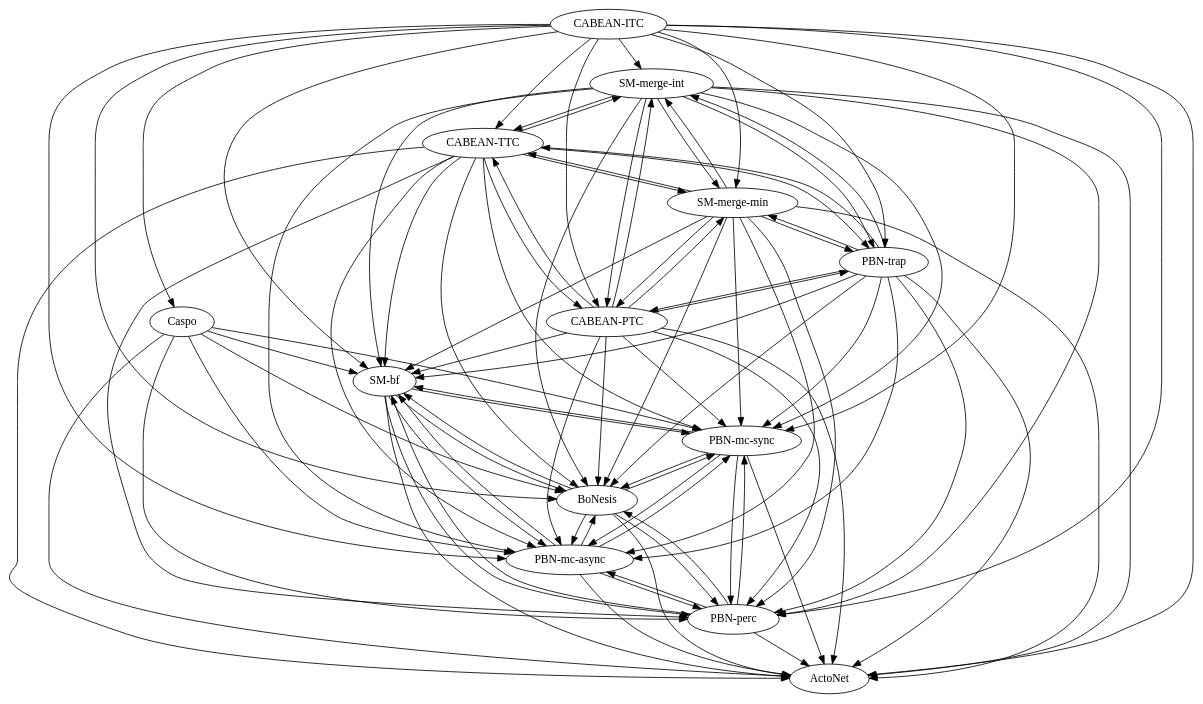
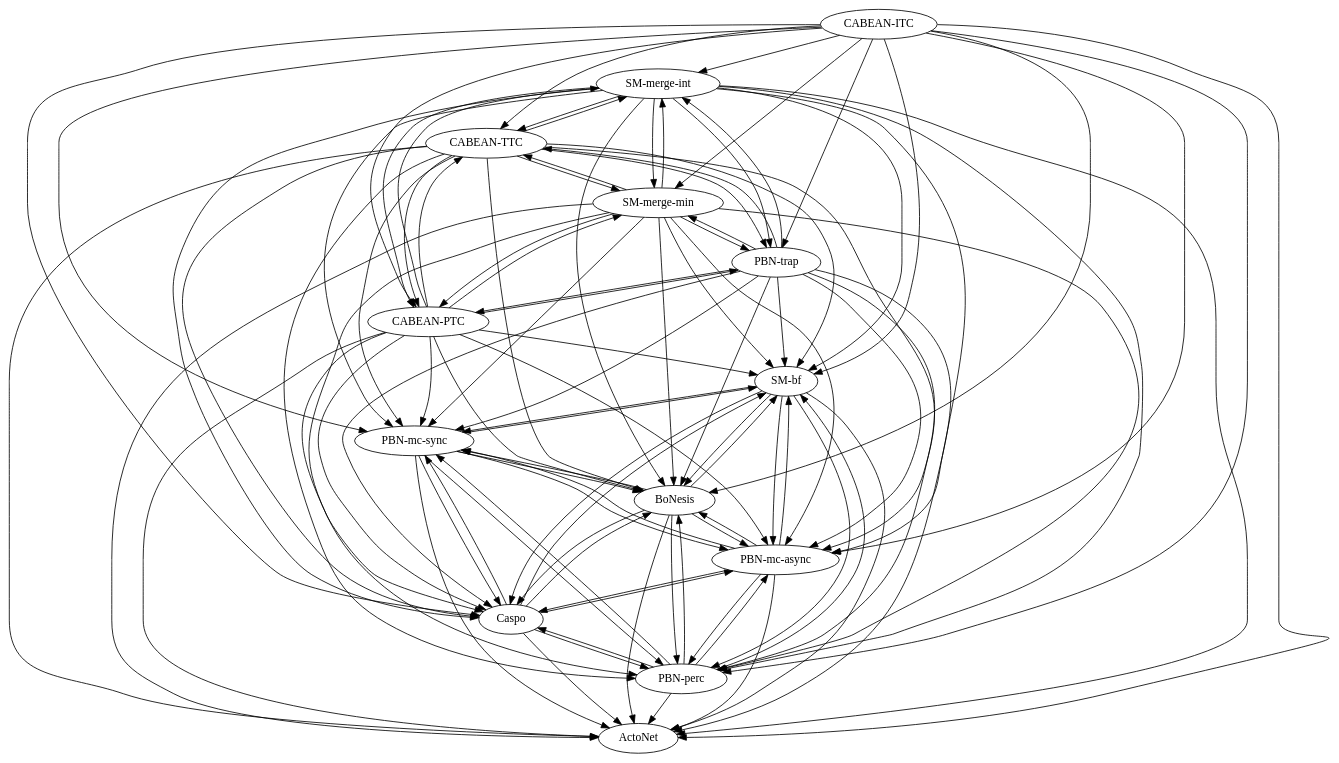
One commit to kalebmoon07/BN-control-taxonomy changed the diagram in experiments/results/practical/Bladder/_graph.dot. Above: the diagram before and after it, drawn with Graphviz. The commit also changed 39 other files, not shown here.

```diff
--- a/experiments/results/practical/Bladder/_graph.dot
+++ b/experiments/results/practical/Bladder/_graph.dot
@@ -1,108 +1,118 @@
 strict digraph  {
 "CABEAN-ITC";
 "SM-bf";
 "PBN-mc-sync";
 "SM-merge-int";
 "CABEAN-TTC";
 "SM-merge-min";
 "PBN-perc";
 Caspo;
 "PBN-trap";
 "CABEAN-PTC";
 ActoNet;
 "PBN-mc-async";
 BoNesis;
 "CABEAN-ITC" -> "SM-bf";
 "CABEAN-ITC" -> "PBN-mc-sync";
 "CABEAN-ITC" -> "SM-merge-int";
 "CABEAN-ITC" -> "CABEAN-TTC";
 "CABEAN-ITC" -> "SM-merge-min";
 "CABEAN-ITC" -> "PBN-perc";
 "CABEAN-ITC" -> Caspo;
 "CABEAN-ITC" -> "PBN-trap";
 "CABEAN-ITC" -> "CABEAN-PTC";
 "CABEAN-ITC" -> ActoNet;
 "CABEAN-ITC" -> "PBN-mc-async";
 "CABEAN-ITC" -> BoNesis;
 "SM-bf" -> "PBN-mc-sync";
 "SM-bf" -> "PBN-perc";
+"SM-bf" -> Caspo;
 "SM-bf" -> ActoNet;
 "SM-bf" -> "PBN-mc-async";
 "SM-bf" -> BoNesis;
 "PBN-mc-sync" -> "SM-bf";
 "PBN-mc-sync" -> "PBN-perc";
+"PBN-mc-sync" -> Caspo;
 "PBN-mc-sync" -> ActoNet;
 "PBN-mc-sync" -> "PBN-mc-async";
 "PBN-mc-sync" -> BoNesis;
 "SM-merge-int" -> "SM-bf";
 "SM-merge-int" -> "PBN-mc-sync";
 "SM-merge-int" -> "CABEAN-TTC";
 "SM-merge-int" -> "SM-merge-min";
 "SM-merge-int" -> "PBN-perc";
+"SM-merge-int" -> Caspo;
 "SM-merge-int" -> "PBN-trap";
 "SM-merge-int" -> "CABEAN-PTC";
 "SM-merge-int" -> ActoNet;
 "SM-merge-int" -> "PBN-mc-async";
 "SM-merge-int" -> BoNesis;
 "CABEAN-TTC" -> "SM-bf";
 "CABEAN-TTC" -> "PBN-mc-sync";
 "CABEAN-TTC" -> "SM-merge-int";
 "CABEAN-TTC" -> "SM-merge-min";
 "CABEAN-TTC" -> "PBN-perc";
+"CABEAN-TTC" -> Caspo;
 "CABEAN-TTC" -> "PBN-trap";
 "CABEAN-TTC" -> "CABEAN-PTC";
 "CABEAN-TTC" -> ActoNet;
 "CABEAN-TTC" -> "PBN-mc-async";
 "CABEAN-TTC" -> BoNesis;
 "SM-merge-min" -> "SM-bf";
 "SM-merge-min" -> "PBN-mc-sync";
 "SM-merge-min" -> "SM-merge-int";
 "SM-merge-min" -> "CABEAN-TTC";
 "SM-merge-min" -> "PBN-perc";
+"SM-merge-min" -> Caspo;
 "SM-merge-min" -> "PBN-trap";
 "SM-merge-min" -> "CABEAN-PTC";
 "SM-merge-min" -> ActoNet;
 "SM-merge-min" -> "PBN-mc-async";
 "SM-merge-min" -> BoNesis;
 "PBN-perc" -> "SM-bf";
 "PBN-perc" -> "PBN-mc-sync";
+"PBN-perc" -> Caspo;
 "PBN-perc" -> ActoNet;
 "PBN-perc" -> "PBN-mc-async";
 "PBN-perc" -> BoNesis;
 Caspo -> "SM-bf";
 Caspo -> "PBN-mc-sync";
 Caspo -> "PBN-perc";
 Caspo -> ActoNet;
 Caspo -> "PBN-mc-async";
 Caspo -> BoNesis;
 "PBN-trap" -> "SM-bf";
 "PBN-trap" -> "PBN-mc-sync";
 "PBN-trap" -> "SM-merge-int";
 "PBN-trap" -> "CABEAN-TTC";
 "PBN-trap" -> "SM-merge-min";
 "PBN-trap" -> "PBN-perc";
+"PBN-trap" -> Caspo;
 "PBN-trap" -> "CABEAN-PTC";
 "PBN-trap" -> ActoNet;
 "PBN-trap" -> "PBN-mc-async";
 "PBN-trap" -> BoNesis;
 "CABEAN-PTC" -> "SM-bf";
 "CABEAN-PTC" -> "PBN-mc-sync";
 "CABEAN-PTC" -> "SM-merge-int";
 "CABEAN-PTC" -> "CABEAN-TTC";
 "CABEAN-PTC" -> "SM-merge-min";
 "CABEAN-PTC" -> "PBN-perc";
+"CABEAN-PTC" -> Caspo;
 "CABEAN-PTC" -> "PBN-trap";
 "CABEAN-PTC" -> ActoNet;
 "CABEAN-PTC" -> "PBN-mc-async";
 "CABEAN-PTC" -> BoNesis;
 "PBN-mc-async" -> "SM-bf";
 "PBN-mc-async" -> "PBN-mc-sync";
 "PBN-mc-async" -> "PBN-perc";
+"PBN-mc-async" -> Caspo;
 "PBN-mc-async" -> ActoNet;
 "PBN-mc-async" -> BoNesis;
 BoNesis -> "SM-bf";
 BoNesis -> "PBN-mc-sync";
 BoNesis -> "PBN-perc";
+BoNesis -> Caspo;
 BoNesis -> ActoNet;
 BoNesis -> "PBN-mc-async";
 }
```
